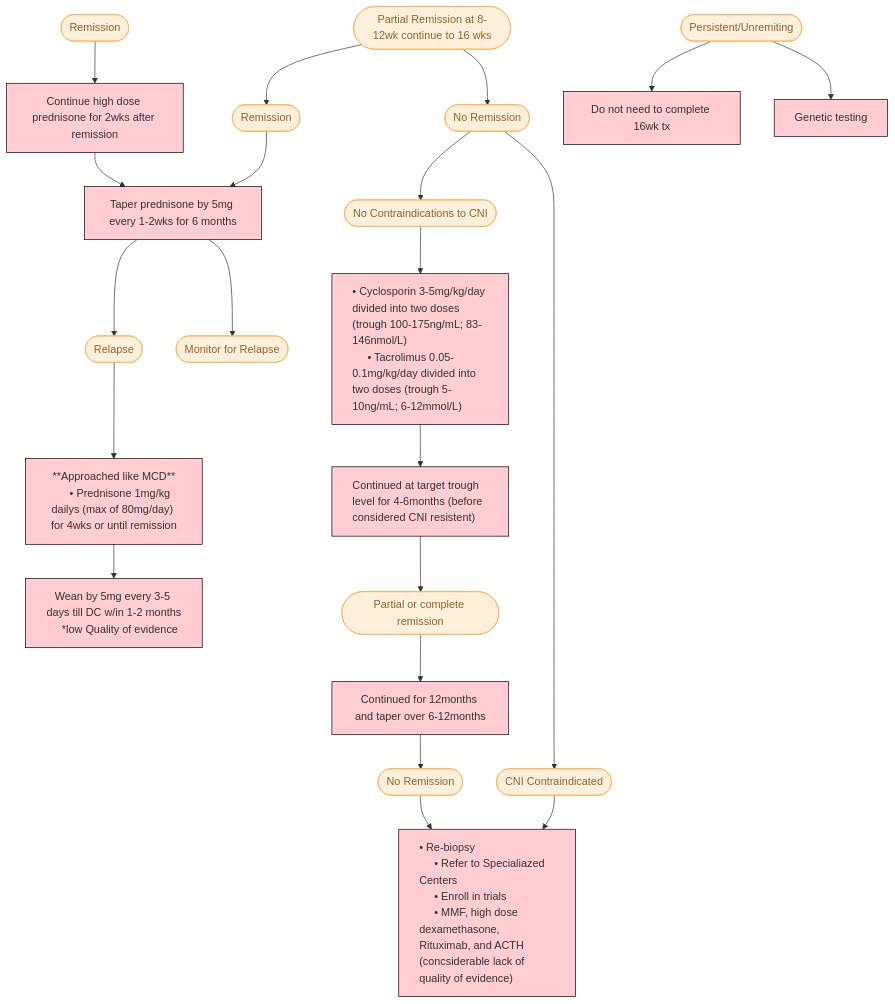
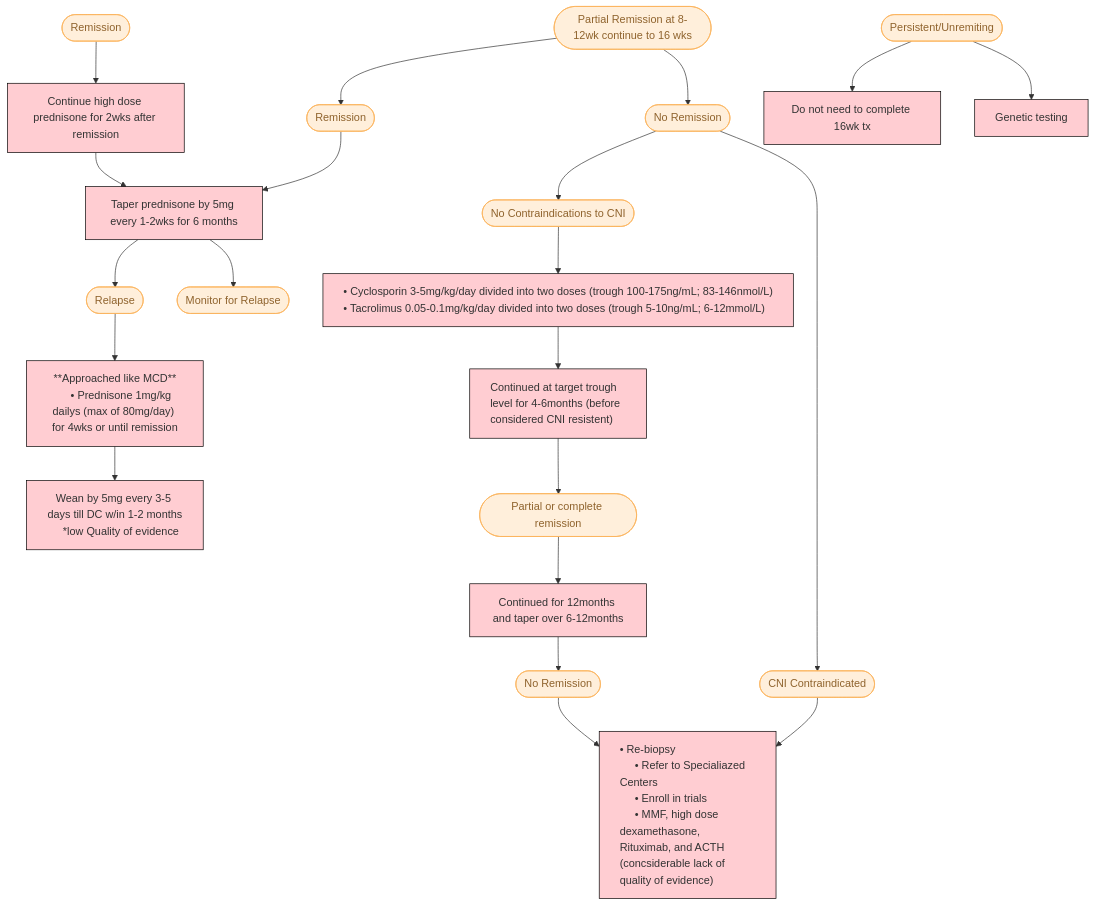
The third of 3 diagrams in docs/FSGS.md (TTUNEPH2025/GN), drawn with Mermaid before and after one commit.

````diff
--- a/docs/FSGS.md
+++ b/docs/FSGS.md
@@ -144,49 +144,49 @@
 ```mermaid
 flowchart TD
     n6["Continue high dose prednisone for 2wks after remission"] --> n7["Taper prednisone by 5mg every 1-2wks for 6 months"]
     n7 --> n8(["Relapse"]) & n9(["Monitor for Relapse"])
     n8 --> n10["**Approached like MCD**
      • Prednisone 1mg/kg dailys (max of 80mg/day) for 4wks or until remission"]
     n10 --> n11["Wean by 5mg every 3-5 days till DC w/in 1-2 months
     *low Quality of evidence"]
     n12(["Partial Remission at 8-12wk continue to 16 wks"]) --> n13(["Remission"]) & n14(["No Remission"])
     n13 --> n7
     n14 --> n21(["CNI Contraindicated"]) & n28(["No Contraindications to CNI"])
     n15["• Cyclosporin 3-5mg/kg/day divided into two doses (trough 100-175ng/mL; 83-146nmol/L)
      • Tacrolimus 0.05-0.1mg/kg/day divided into two doses (trough 5-10ng/mL; 6-12mmol/L)"] --> n16["Continued at target trough level for 4-6months (before considered CNI resistent)"]
     n16 --> n17(["Partial or complete remission"])
     n17 --> n18["Continued for 12months and taper over 6-12months"]
     n18 --> n19(["No Remission"])
     n19 --> n20["• Re-biopsy
      • Refer to Specialiazed Centers
      • Enroll in trials
      • MMF, high dose dexamethasone, Rituximab, and ACTH (concsiderable lack of quality of evidence)"]
     n21 --> n20
     n22(["Persistent/Unremiting"]) --> n30["Do not need to complete 16wk tx"] & n23["Genetic testing"]
     n28 --> n15
     n29(["Remission"]) --> n6
      n8:::Peach
      n9:::Peach
      n12:::Peach
      n13:::Peach
      n14:::Peach
      n21:::Peach
      n28:::Peach
      n17:::Peach
      n19:::Peach
      n22:::Peach
      n23:::Class_01
      n29:::Peach
     classDef Peach stroke-width:1px, stroke-dasharray:none, stroke:#FBB35A, fill:#FFEFDB, color:#8F632D
     classDef Class_01 fill:#FFCDD2
     style n6 fill:#FFCDD2,stroke:#000000
     style n7 fill:#FFCDD2,stroke:#000000
     style n10 fill:#FFCDD2,stroke:#000000
     style n11 fill:#FFCDD2,stroke:#000000
-    style n15 fill:#FFCDD2,stroke:#000000,text-align:left
+    style n15 fill:#FFCDD2,stroke:#000000,text-align:left,white-space:nowrap
     style n16 fill:#FFCDD2,stroke:#000000,text-align:left
     style n18 fill:#FFCDD2,stroke:#000000
     style n20 fill:#FFCDD2,stroke:#000000,text-align:left
     style n30 fill:#FFCDD2,stroke:#000000
     style n23 stroke:#000000
 ```
````
